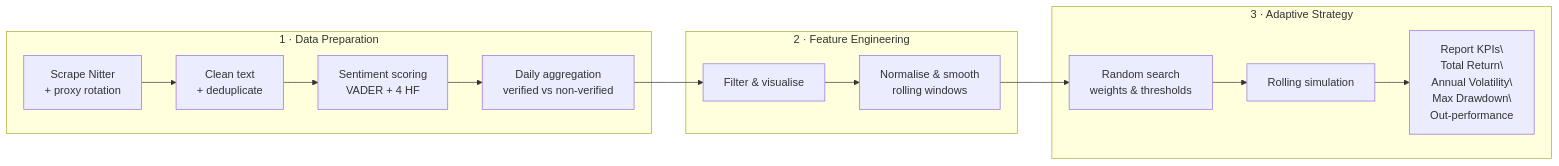
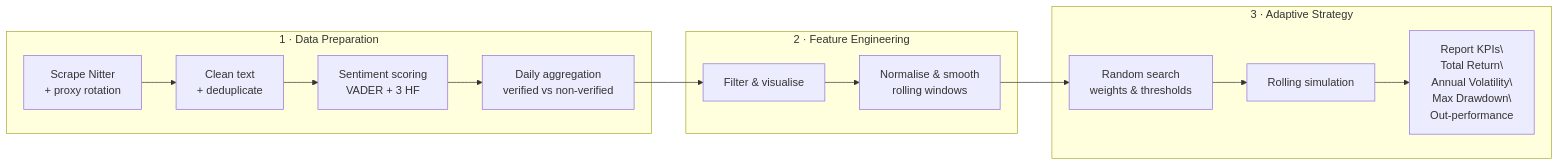
The diagram in README.md (LimamS-GitHub/Market_sentiment_analysis), drawn with Mermaid before and after one commit.

````diff
--- a/README.md
+++ b/README.md
@@ -25,19 +25,19 @@
 ```mermaid
 flowchart LR
   subgraph Prep["1 · Data Preparation"]
     A[Scrape Nitter<br/>+ proxy rotation] --> B[Clean text<br/>+ deduplicate]
-    B --> C[Sentiment scoring<br/>VADER + 4 HF]
+    B --> C[Sentiment scoring<br/>VADER + 3 HF]
     C --> D[Daily aggregation<br/>verified vs non-verified]
   end
 
   subgraph EDA["2 · Feature Engineering"]
     D --> E[Filter & visualise]
     E --> F[Normalise & smooth<br/>rolling windows]
   end
 
   subgraph Trade["3 · Adaptive Strategy"]
     F --> G[Random search<br/>weights & thresholds]
     G --> H[Rolling simulation]
     H --> I[Report KPIs\\nTotal Return\\nAnnual Volatility\\nMax Drawdown\\nOut-performance]
   end
 ```
````
